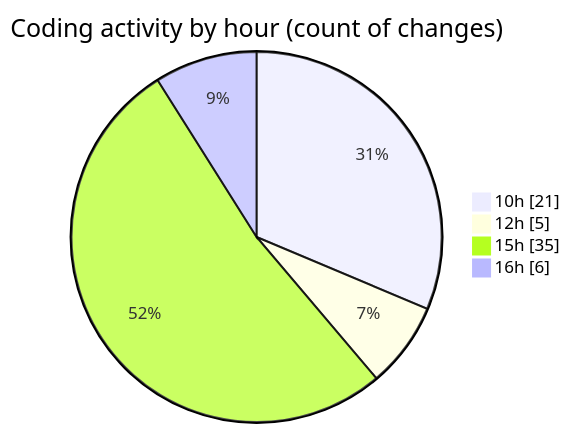
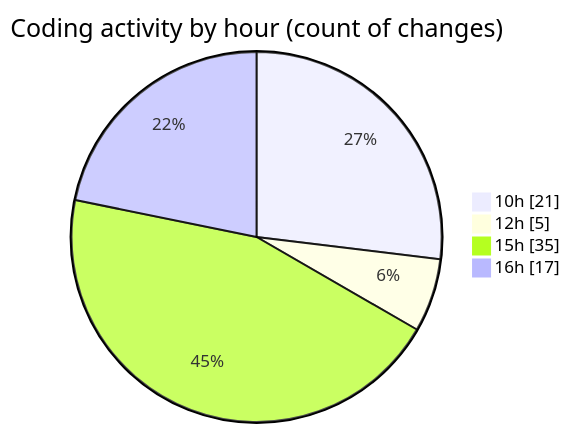
One commit to momahboobian/code-tracking changed the second of 2 diagrams in 2025-08-27/cda/README.md. Above: the diagram before and after it, drawn with Mermaid. The commit also changed other lines of this file and 1 other file, not shown here.

````diff
--- a/2025-08-27/cda/README.md
+++ b/2025-08-27/cda/README.md
@@ -38,8 +39,8 @@
 ```mermaid
 pie showData
 title Coding activity by hour (count of changes)
 "10h" : 21
 "12h" : 5
 "15h" : 35
-"16h" : 6
+"16h" : 17
 ```
````
